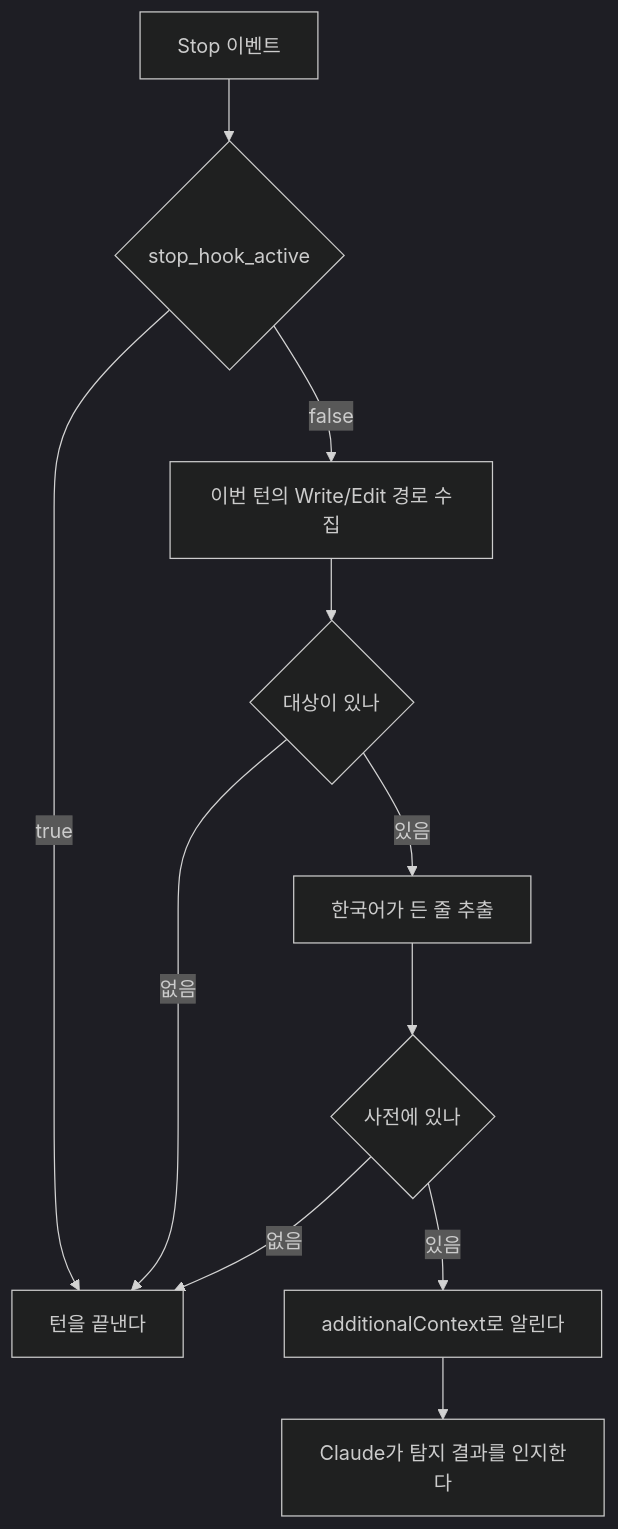
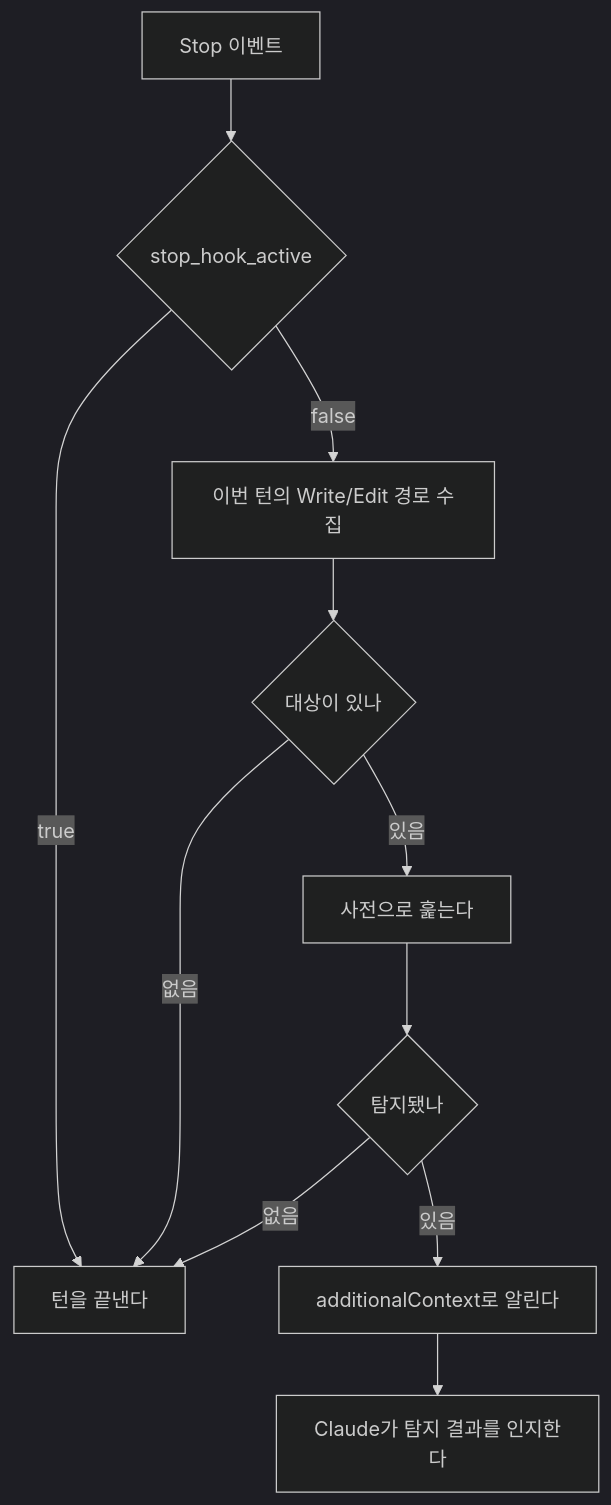
Before and after one commit to nil-park/claude-workflow-kit: the diagram in docs/architecture/ko-style.md, drawn with Mermaid (dark theme). The commit also changed other lines of this file and 1 other file, not shown here.

````diff
--- a/docs/architecture/ko-style.md
+++ b/docs/architecture/ko-style.md
@@ -10,13 +10,13 @@
 ```mermaid
 flowchart TD
   stop["Stop 이벤트"] --> active{"stop_hook_active"}
   active -->|true| pass["턴을 끝낸다"]
   active -->|false| collect["이번 턴의 Write/Edit 경로 수집"]
   collect --> empty{"대상이 있나"}
   empty -->|없음| pass
-  empty -->|있음| lines["한국어가 든 줄 추출"]
-  lines --> match{"사전에 있나"}
+  empty -->|있음| scan["사전으로 훑는다"]
+  scan --> match{"탐지됐나"}
   match -->|없음| pass
   match -->|있음| report["additionalContext로 알린다"]
   report --> again["Claude가 탐지 결과를 인지한다"]
 ```
````
